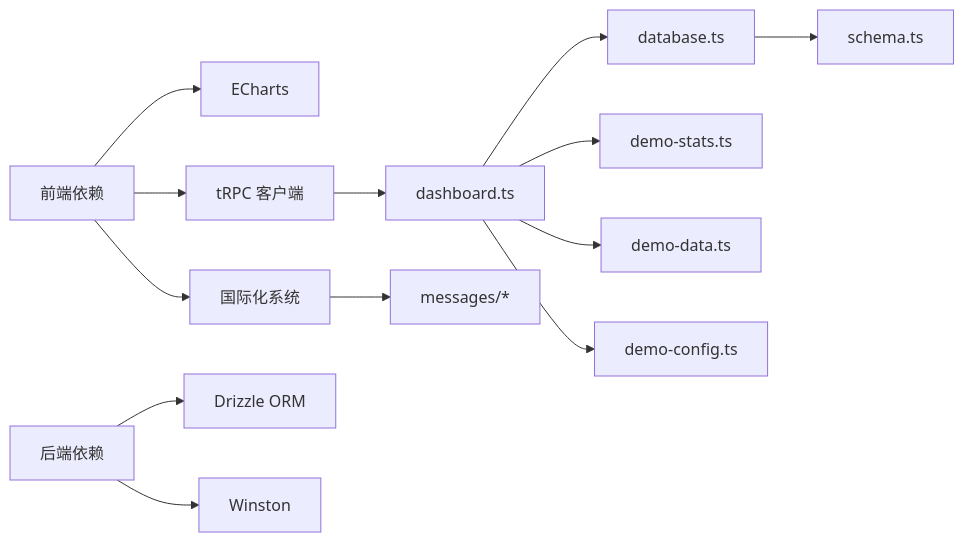
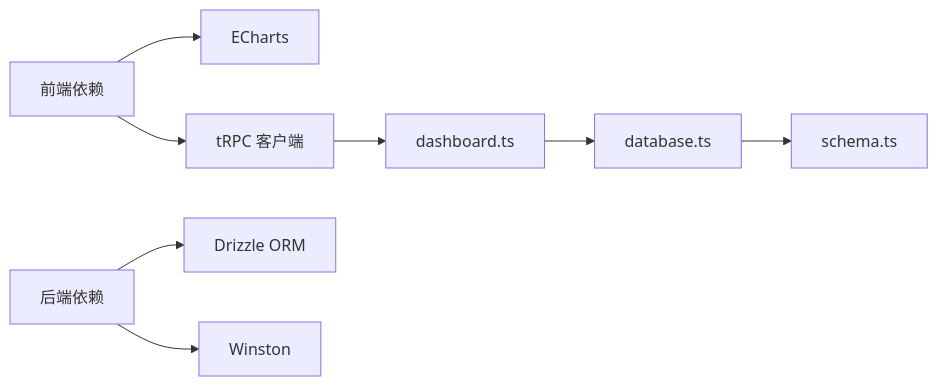
One commit to RadiumAg/AIGate changed diagram 13 of 13 in .qoder/repowiki/zh/content/监控与分析/监控与分析.md. Above: the diagram before and after it, drawn with Mermaid. The commit also changed other lines of this file and 15 other files, not shown here.

````diff
--- a/.qoder/repowiki/zh/content/监控与分析/监控与分析.md
+++ b/.qoder/repowiki/zh/content/监控与分析/监控与分析.md
@@ -651,15 +502,10 @@
 ```mermaid
 graph LR
 FE["前端依赖"] --> ECharts["ECharts"]
 FE --> tRPC["tRPC 客户端"]
-FE --> I18n["国际化系统"]
 BE["后端依赖"] --> Drizzle["Drizzle ORM"]
 BE --> Winston["Winston"]
 tRPC --> TRPC_Router["dashboard.ts"]
 TRPC_Router --> DBLayer["database.ts"]
-TRPC_Router --> DemoStats["demo-stats.ts"]
-TRPC_Router --> DemoData["demo-data.ts"]
-TRPC_Router --> DemoConfig["demo-config.ts"]
 DBLayer --> Schema["schema.ts"]
-I18n --> Messages["messages/*"]
 ```
````
